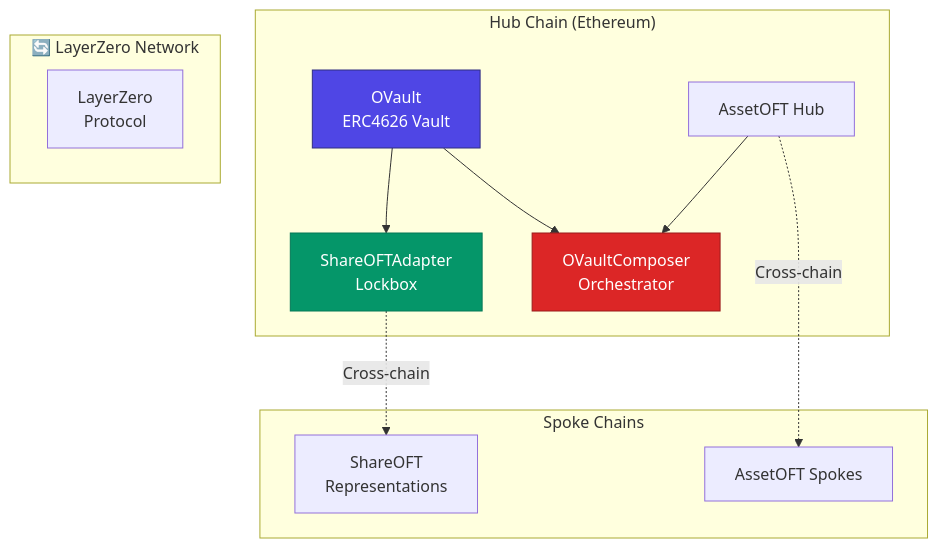
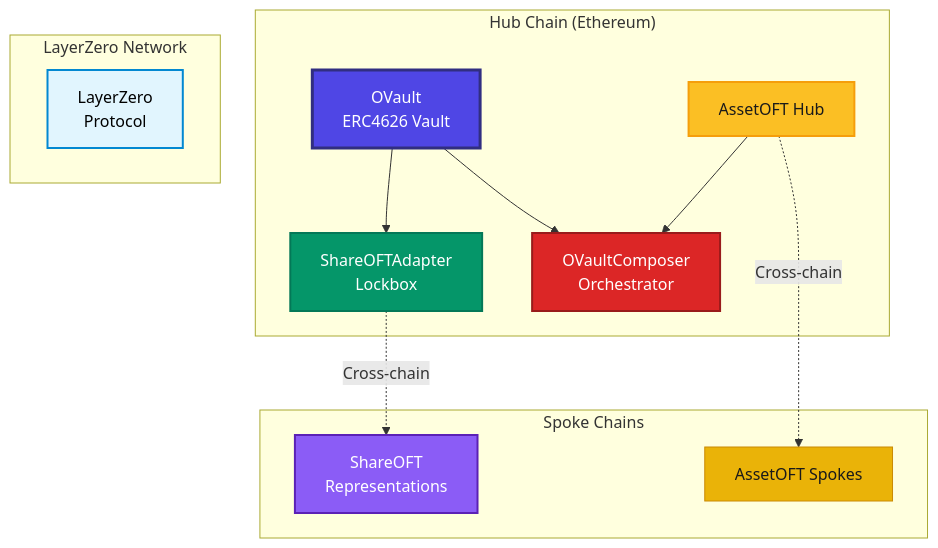
Before and after one commit to 47-Eagle/docs: the first of 3 diagrams in docs/concepts/layerzero-integration.md, drawn with Mermaid. The commit also changed other lines of this file and 222 other files, not shown here.

````diff
--- a/docs/concepts/layerzero-integration.md
+++ b/docs/concepts/layerzero-integration.md
@@ -28,29 +28,33 @@
 ```mermaid
 graph TB
     subgraph "Hub Chain (Ethereum)"
         OV[OVault<br/>ERC4626 Vault]
         SA[ShareOFTAdapter<br/>Lockbox]
         OC[OVaultComposer<br/>Orchestrator]
         AOH[AssetOFT Hub]
     end
     
     subgraph "Spoke Chains"
         SO[ShareOFT<br/>Representations]
         AOS[AssetOFT Spokes]
     end
     
-    subgraph "🔄 LayerZero Network"
+    subgraph " LayerZero Network"
         LZ[LayerZero<br/>Protocol]
     end
     
     SA -.->|Cross-chain| SO
     AOH -.->|Cross-chain| AOS
     
     OV --> SA
     OV --> OC
     AOH --> OC
     
-    style OV fill:#4f46e5,stroke:#312e81,color:#fff
-    style SA fill:#059669,stroke:#047857,color:#fff
-    style OC fill:#dc2626,stroke:#991b1b,color:#fff
+    style OV fill:#4f46e5,stroke:#312e81,stroke-width:3px,color:#fff
+    style SA fill:#059669,stroke:#047857,stroke-width:2px,color:#fff
+    style OC fill:#dc2626,stroke:#991b1b,stroke-width:2px,color:#fff
+    style AOH fill:#fbbf24,stroke:#f59e0b,stroke-width:2px,color:#1a1a1a
+    style SO fill:#8b5cf6,stroke:#5b21b6,stroke-width:2px,color:#fff
+    style AOS fill:#eab308,stroke:#ca8a04,color:#1a1a1a
+    style LZ fill:#e1f5fe,stroke:#0288d1,stroke-width:2px,color:#000
 ```
````
